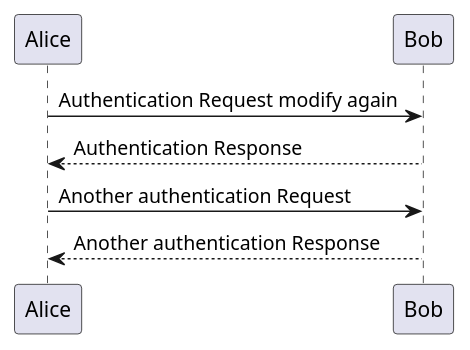
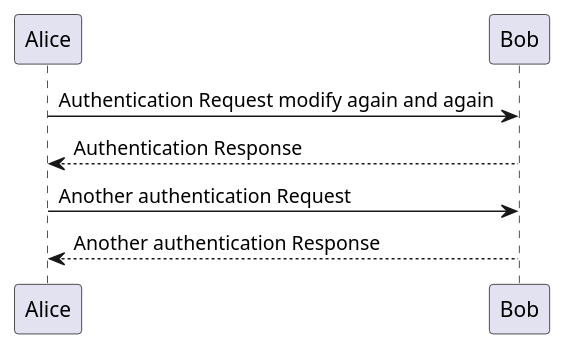
One commit to Rodwan-Bakkar/test-plantuml changed the diagram in test.puml. Above: the diagram before and after it, drawn with PlantUML. The commit also changed 1 other file, not shown here.

```diff
--- a/test.puml
+++ b/test.puml
@@ -1,7 +1,7 @@
 @startuml
-Alice -> Bob: Authentication Request modify again
+Alice -> Bob: Authentication Request modify again and again
 Bob --> Alice: Authentication Response
 
 Alice -> Bob: Another authentication Request
 Alice <-- Bob: Another authentication Response
 @enduml
```
